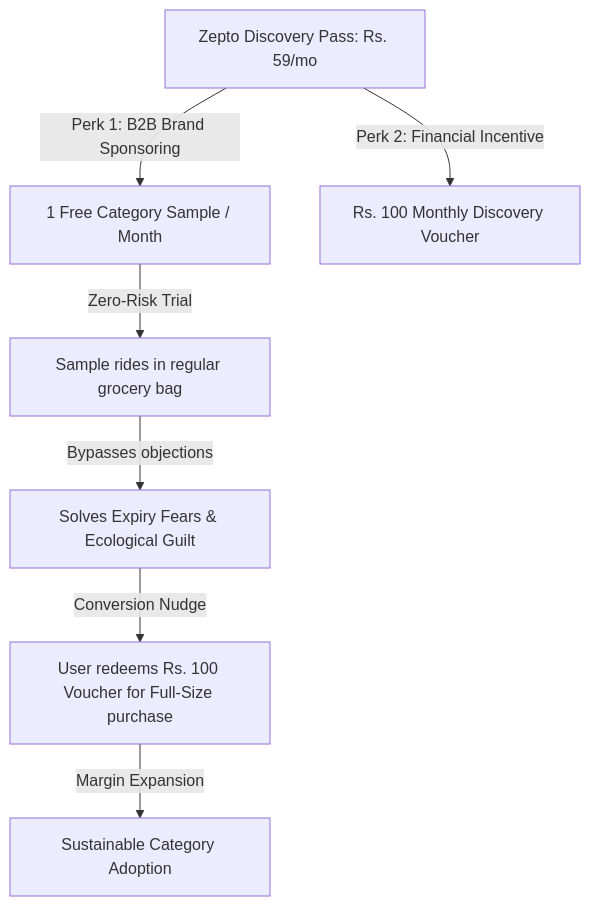
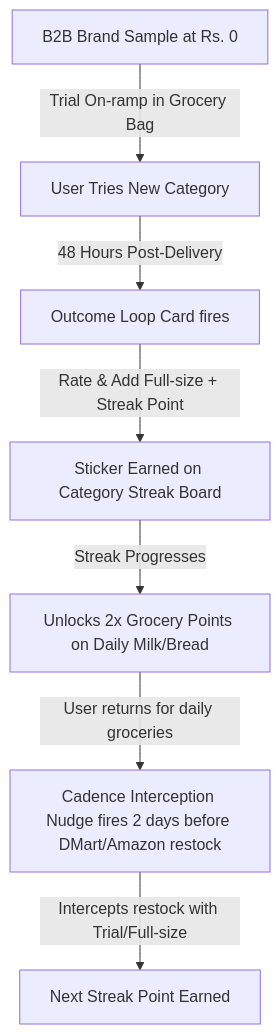
Before and after one commit to akhyashukla03/zeptomvp2.0: the diagram in problem_statement.md, drawn with Mermaid. The commit also changed other lines of this file and 37 other files, not shown here.

````diff
--- a/problem_statement.md
+++ b/problem_statement.md
@@ -23,11 +22,9 @@
 ```mermaid
 graph TD
-    A[Zepto Discovery Pass: Rs. 59/mo] -->|Perk 1: B2B Brand Sponsoring| B[1 Free Category Sample / Month]
-    A -->|Perk 2: Financial Incentive| C[Rs. 100 Monthly Discovery Voucher]
-    
-    B -->|Zero-Risk Trial| D[Sample rides in regular grocery bag]
-    D -->|Bypasses objections| E[Solves Expiry Fears & Ecological Guilt]
-    
-    E -->|Conversion Nudge| F[User redeems Rs. 100 Voucher for Full-Size purchase]
-    F -->|Margin Expansion| G[Sustainable Category Adoption]
+    A[B2B Brand Sample at Rs. 0] -->|Trial On-ramp in Grocery Bag| B[User Tries New Category]
+    B -->|48 Hours Post-Delivery| C[Outcome Loop Card fires]
+    C -->|Rate & Add Full-size + Streak Point| D[Sticker Earned on Category Streak Board]
+    D -->|Streak Progresses| E[Unlocks 2x Grocery Points on Daily Milk/Bread]
+    E -->|User returns for daily groceries| F[Cadence Interception Nudge fires 2 days before DMart/Amazon restock]
+    F -->|Intercepts restock with Trial/Full-size| G[Next Streak Point Earned]
 ```
````
